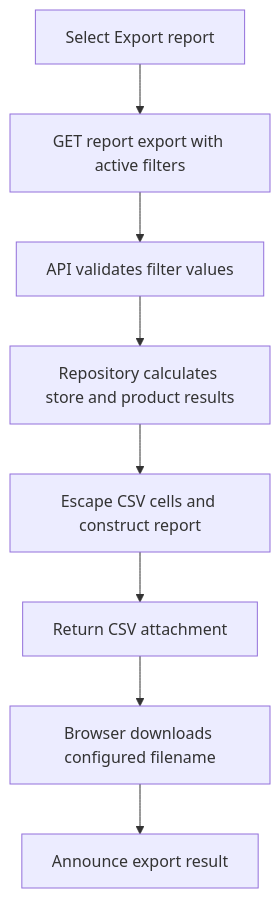
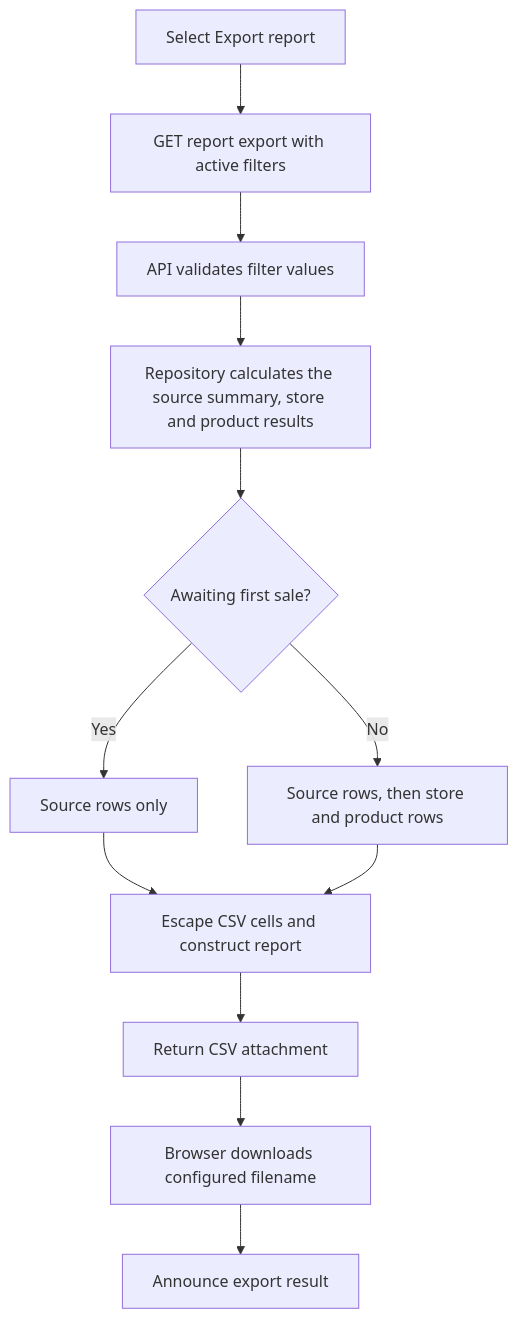
Before and after one commit to gopichand-retail-apps/retailpulse-backend: the ninth of 12 diagrams in docs/architecture.md, drawn with Mermaid. The commit also changed other lines of this file and 1 other file, not shown here.

First line of the commit message:
docs: document the install profile, source state contract and RP-01 checks

````diff
--- a/docs/architecture.md
+++ b/docs/architecture.md
@@ -221,10 +223,14 @@
 ```mermaid
 flowchart TD
     A[Select Export report] --> B[GET report export with active filters]
     B --> C[API validates filter values]
-    C --> D[Repository calculates store and product results]
-    D --> E[Escape CSV cells and construct report]
+    C --> D[Repository calculates the source summary, store and product results]
+    D --> S{Awaiting first sale?}
+    S -->|Yes| T[Source rows only]
+    S -->|No| U[Source rows, then store and product rows]
+    T --> E[Escape CSV cells and construct report]
+    U --> E
     E --> F[Return CSV attachment]
     F --> G[Browser downloads configured filename]
     G --> H[Announce export result]
 ```
````
